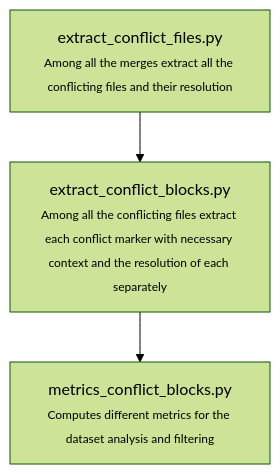
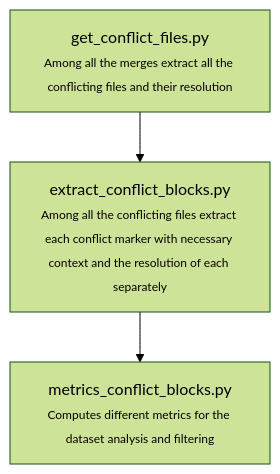
Before and after one commit to benedikt-schesch/Merge-Bench-Builder: the diagram in README.md, drawn with Mermaid (forest theme). The commit also changed 11 other files, not shown here.

````diff
--- a/README.md
+++ b/README.md
@@ -50,4 +50,4 @@
 ```mermaid
 graph TD
-    get_conflict_files.py["extract_conflict_files.py<br/><span style='font-size:12px;'>Among all the merges extract all the conflicting files and their resolution</span>"] --> extract_conflict_blocks.py["extract_conflict_blocks.py<br/><span style='font-size:12px;'>Among all the conflicting files extract each conflict marker with necessary context and the resolution of each separately</span>"] --> metrics_conflict_blocks.py["metrics_conflict_blocks.py<br/><span style='font-size:12px;'>Computes different metrics for the dataset analysis and filtering</span>"]
+    get_conflict_files.py["get_conflict_files.py<br/><span style='font-size:12px;'>Among all the merges extract all the conflicting files and their resolution</span>"] --> extract_conflict_blocks.py["extract_conflict_blocks.py<br/><span style='font-size:12px;'>Among all the conflicting files extract each conflict marker with necessary context and the resolution of each separately</span>"] --> metrics_conflict_blocks.py["metrics_conflict_blocks.py<br/><span style='font-size:12px;'>Computes different metrics for the dataset analysis and filtering</span>"]
 ```
````
